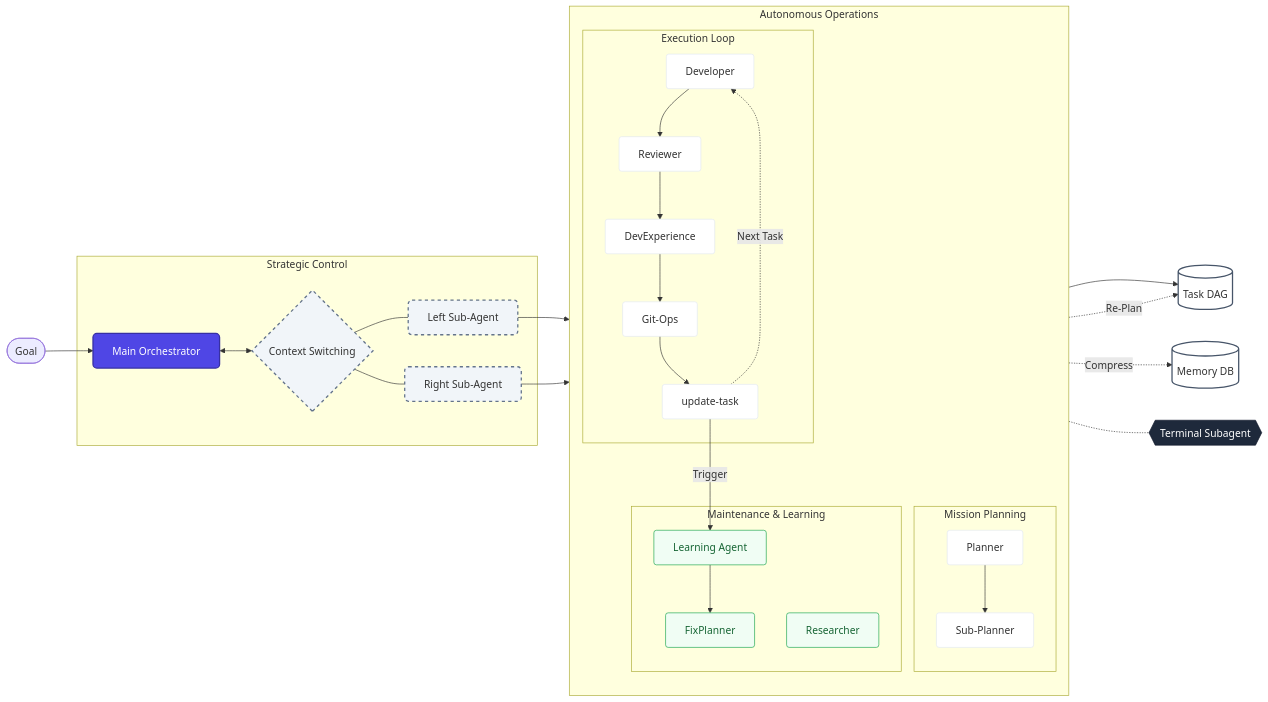
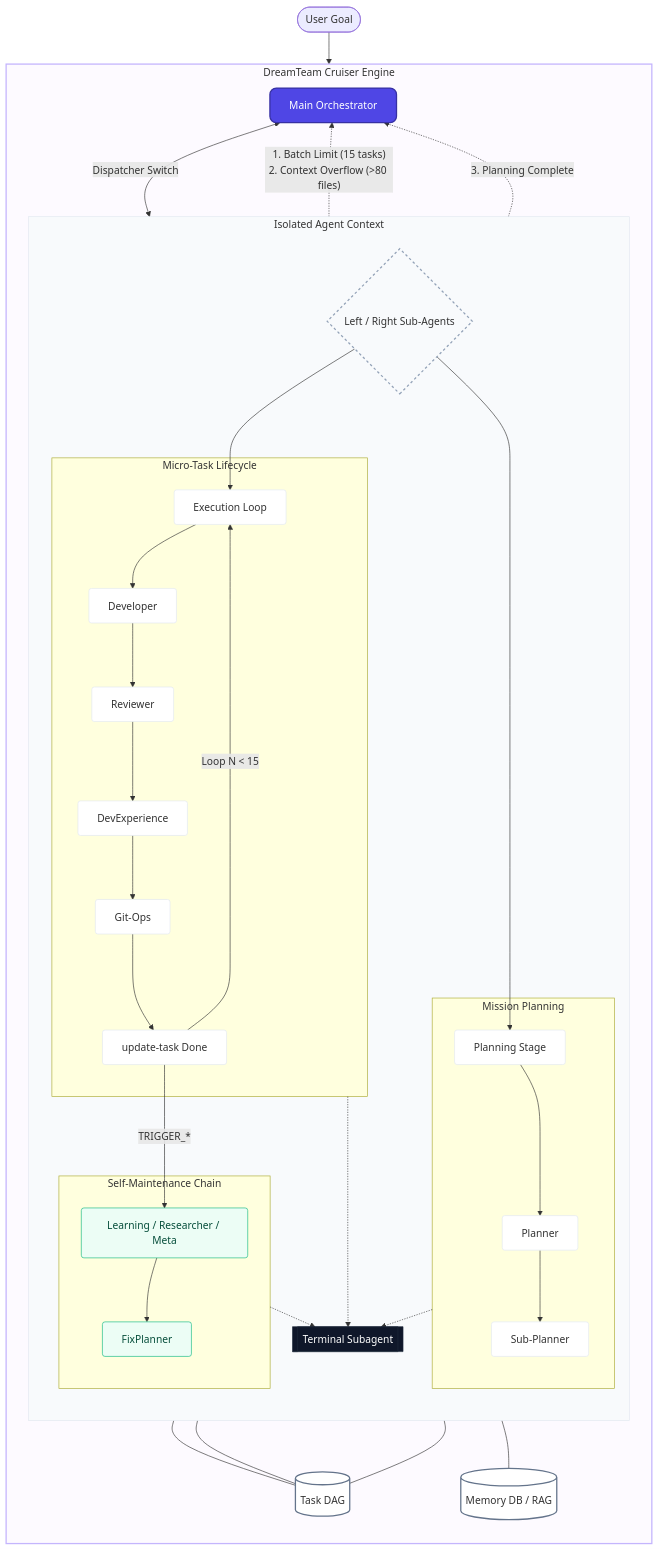
The diagram in README.md (budagov/DreamTeam), drawn with Mermaid before and after one commit.

Commit message:
docs: final enterprise-grade architecture diagram

````diff
--- a/README.md
+++ b/README.md
@@ -22,50 +22,55 @@
 ```mermaid
-graph LR
-    %% Node Styling
-    classDef main fill:#4f46e5,color:#fff,stroke:#3730a3,stroke-width:2px,rx:6
-    classDef sub fill:#f1f5f9,stroke:#64748b,stroke-width:2px,stroke-dasharray: 5,rx:6
-    classDef logic fill:#fff,stroke:#e2e8f0,stroke-width:1px,rx:4
-    classDef maintain fill:#f0fdf4,stroke:#16a34a,color:#166534,rx:4
-    classDef infra fill:#1e293b,color:#fff,stroke:#0f172a,rx:2
-    classDef data fill:#fff,stroke:#475569,stroke-width:2px,shape:cylinder
+graph TD
+    %% Global Nodes
+    classDef clsMain fill:#4f46e5,color:#fff,stroke:#3730a3,stroke-width:2px,rx:10
+    classDef clsOrch fill:#f8fafc,stroke:#94a3b8,stroke-width:2px,stroke-dasharray: 4,rx:10
+    classDef clsWorker fill:#ffffff,stroke:#e2e8f0,stroke-width:1px,rx:4
+    classDef clsMaintain fill:#ecfdf5,stroke:#10b981,color:#064e3b,rx:4
+    classDef clsInfra fill:#0f172a,color:#fff,stroke:#1e293b,rx:2
+    classDef clsDB fill:#fff,stroke:#64748b,stroke-width:2px,shape:cylinder
 
     %% Main Flow
-    Start([Goal]) --> Main[Main Orchestrator]:::main
+    User([User Goal]) --> MO[Main Orchestrator]:::clsMain
 
-    subgraph Strategy ["Strategic Control"]
-        Main <--> Switch{Context Switching}:::sub
-        Switch --- Left[Left Sub-Agent]:::sub
-        Switch --- Right[Right Sub-Agent]:::sub
+    subgraph Engine ["DreamTeam Cruiser Engine"]
+        direction TB
+        MO <--> |"Dispatcher Switch"| LR{Left / Right Sub-Agents}:::clsOrch
+        
+        subgraph Context ["Isolated Agent Context"]
+            direction TB
+            LR --> PlanMode[Planning Stage]:::clsWorker
+            LR --> ExecMode[Execution Loop]:::clsWorker
+
+            subgraph PhaseP ["Mission Planning"]
+                PlanMode --> P1[Planner]:::clsWorker --> P2[Sub-Planner]:::clsWorker
+            end
+
+            subgraph PhaseE ["Micro-Task Lifecycle"]
+                ExecMode --> Dev[Developer]:::clsWorker --> Rev[Reviewer]:::clsWorker
+                Rev --> Exp[DevExperience]:::clsWorker --> Git[Git-Ops]:::clsWorker
+                Git --> Upd[update-task Done]:::clsWorker
+                Upd --> |"Loop N < 15"| ExecMode
+            end
+
+            subgraph PhaseM ["Self-Maintenance Chain"]
+                Upd --> |"TRIGGER_*"| Maintenance[Learning / Researcher / Meta]:::clsMaintain
+                Maintenance --> Fix[FixPlanner]:::clsMaintain
+            end
+
+            %% Core Interface
+            PhaseP & PhaseE & PhaseM -.-> Term[[Terminal Subagent]]:::clsInfra
+        end
+
+        %% Persistence Layer
+        P2 & Fix & Maintenance --- DAG[(Task DAG)]:::clsDB
+        Maintenance --- RAG[(Memory DB / RAG)]:::clsDB
     end
 
-    Left & Right --> Ops
+    %% Switching Signals
+    Upd -.-> |"1. Batch Limit (15 tasks)\n2. Context Overflow (>80 files)"| MO
+    P2 -.-> |"3. Planning Complete"| MO
 
-    subgraph Ops ["Autonomous Operations"]
-        direction TB
-        
-        subgraph Planning ["Mission Planning"]
-            P1[Planner]:::logic --> P2[Sub-Planner]:::logic
-        end
-
-        subgraph Execution ["Execution Loop"]
-            E1[Developer]:::logic --> E2[Reviewer]:::logic
-            E2 --> E3[DevExperience]:::logic
-            E3 --> E4[Git-Ops]:::logic
-            E4 --> E5[update-task]:::logic
-        end
-
-        subgraph Maintenance ["Maintenance & Learning"]
-            M1[Learning Agent]:::maintain --> M2[FixPlanner]:::maintain
-            M3[Researcher]:::maintain
-        end
-    end
-
-    %% Infrastructure & Data
-    Ops -.- Term{{Terminal Subagent}}:::infra
-    
-    P2 --> DAG[(Task DAG)]:::data
-    E5 -->|Trigger| M1
-    M2 -.->|Re-Plan| DAG
-    M3 -.->|Compress| MEM[(Memory DB)]:::data
-    E5 -.->|Next Task| E1
+    %% Box Styling
+    style Engine fill:#fdfaff,stroke:#c4b5fd,stroke-width:2px
+    style Context fill:#f8fafc,stroke:#e2e8f0,stroke-width:1px
 ```
````
